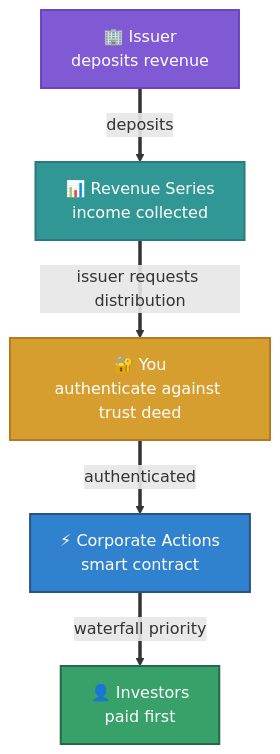
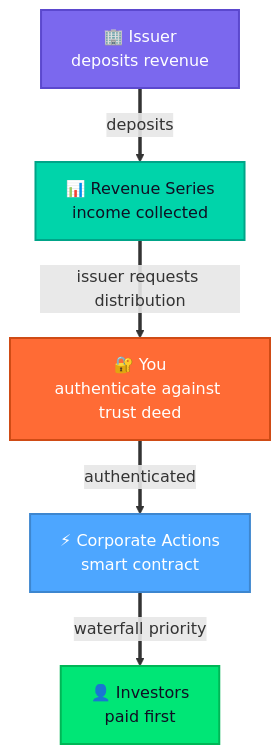
One commit to hrbrlife/sailsto_website changed diagram 14 of 16 in hugo-site/content/_index.fr.md. Above: the diagram before and after it, drawn with Mermaid. The commit also changed other lines of this file and 9 other files, not shown here.

```diff
--- a/hugo-site/content/_index.fr.md
+++ b/hugo-site/content/_index.fr.md
@@ -817,17 +817,17 @@
 <div class="mermaid">
 flowchart TD
     CO["🏢 Issuer&lt;br/&gt;deposits revenue"]
     REV["📊 Revenue Series&lt;br/&gt;income collected"]
     YOU["🔐 You&lt;br/&gt;authenticate against trust deed"]
     SC["⚡ Corporate Actions&lt;br/&gt;smart contract"]
     INV["👤 Investors&lt;br/&gt;paid first"]
     CO ==>|"deposits"| REV
     REV ==>|"issuer requests distribution"| YOU
     YOU ==>|"authenticated"| SC
     SC ==>|"waterfall priority"| INV
-    style CO fill:#805ad5,color:#fff,stroke:#6b46c1,stroke-width:2px
-    style REV fill:#319795,color:#fff,stroke:#2c7a7b,stroke-width:2px
-    style YOU fill:#d69e2e,color:#fff,stroke:#b7791f,stroke-width:2px
-    style SC fill:#3182ce,color:#fff,stroke:#2c5282,stroke-width:2px
-    style INV fill:#38a169,color:#fff,stroke:#276749,stroke-width:2px
+    style CO fill:#7B68EE,color:#fff,stroke:#5B48CE,stroke-width:2px
+    style REV fill:#00D4AA,color:#0F0F23,stroke:#00A488,stroke-width:2px
+    style YOU fill:#FF6B35,color:#fff,stroke:#CF4B15,stroke-width:2px
+    style SC fill:#4DA6FF,color:#fff,stroke:#3D86CF,stroke-width:2px
+    style INV fill:#00E676,color:#0F0F23,stroke:#00B656,stroke-width:2px
 </div>
```
